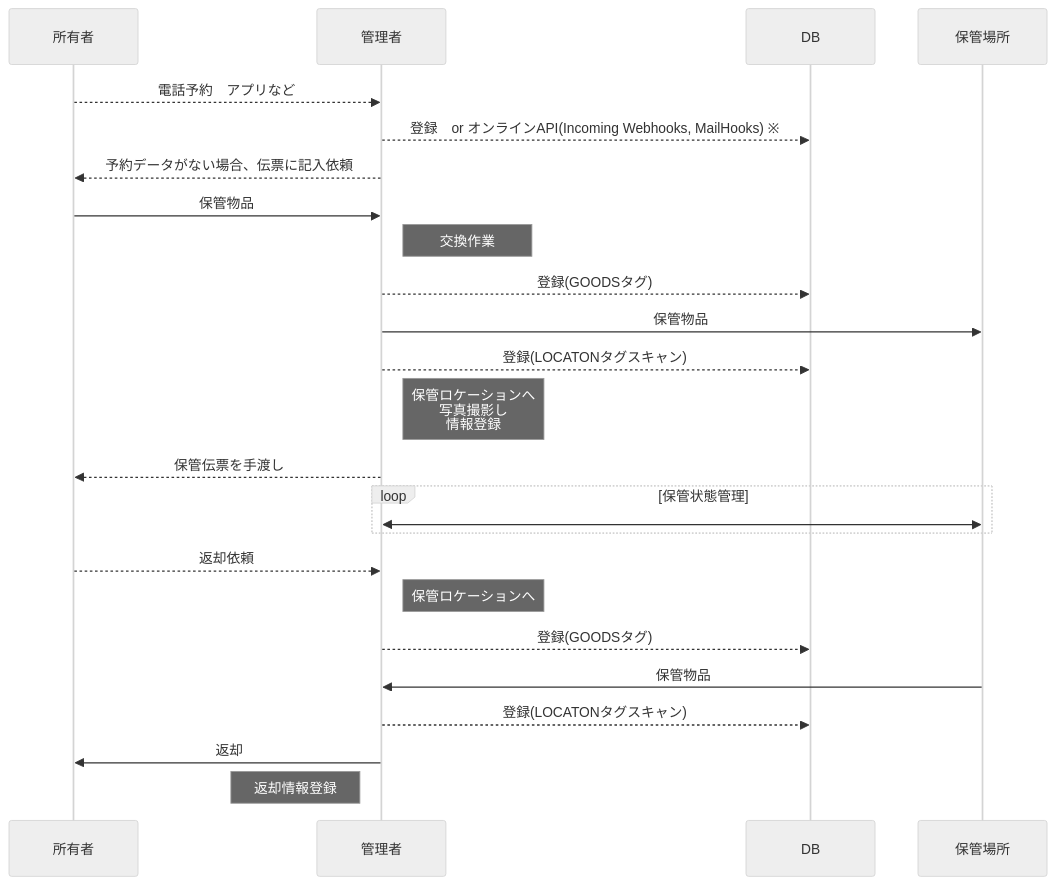
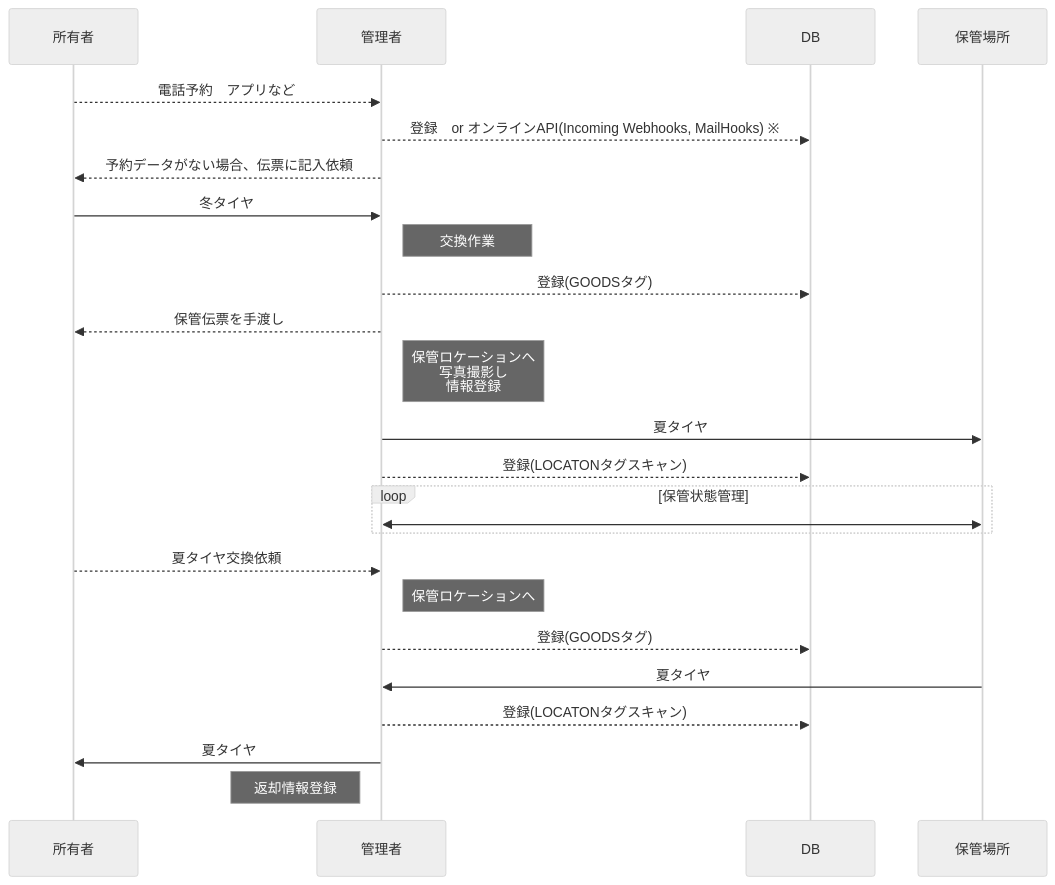
The first of 2 diagrams in README.md (piot-jp-Team/goods_storage), drawn with Mermaid (neutral theme) before and after one commit.

````diff
--- a/README.md
+++ b/README.md
@@ -11,26 +11,26 @@
 ```mermaid
 sequenceDiagram
     participant 所有者
     participant 管理者
     participant DB
     所有者-->>管理者: 電話予約　アプリなど
     管理者-->>DB: 登録　or オンラインAPI(Incoming Webhooks, MailHooks) ※
     管理者-->>所有者: 予約データがない場合、伝票に記入依頼
-    所有者->>管理者: 保管物品
+    所有者->>管理者: 冬タイヤ
     Note right of 管理者: 交換作業
     管理者-->>DB: 登録(GOODSタグ)
-    管理者->>保管場所: 保管物品
+    管理者-->>所有者: 保管伝票を手渡し
+    Note right of 管理者: 保管ロケーションへ <br/>写真撮影し <br/>情報登録
+    管理者->>保管場所: 夏タイヤ
     管理者-->>DB: 登録(LOCATONタグスキャン)
-    Note right of 管理者: 保管ロケーションへ <br/>写真撮影し <br/>情報登録
-    管理者-->>所有者: 保管伝票を手渡し
     loop 保管状態管理
         管理者<<->>保管場所: 
     end
-    所有者-->>管理者: 返却依頼
+    所有者-->>管理者: 夏タイヤ交換依頼
     Note right of 管理者: 保管ロケーションへ
     管理者-->>DB: 登録(GOODSタグ)
-    保管場所->>管理者: 保管物品
+    保管場所->>管理者: 夏タイヤ
     管理者-->>DB: 登録(LOCATONタグスキャン)
-    管理者->>所有者: 返却
+    管理者->>所有者: 夏タイヤ
     Note left of 管理者: 返却情報登録
 ```
````
